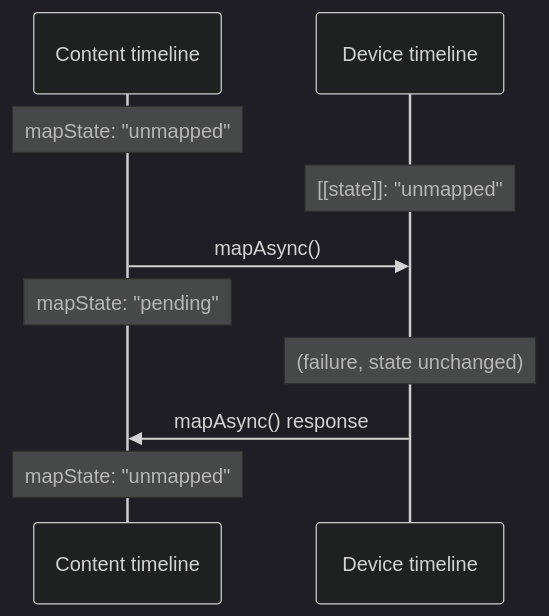
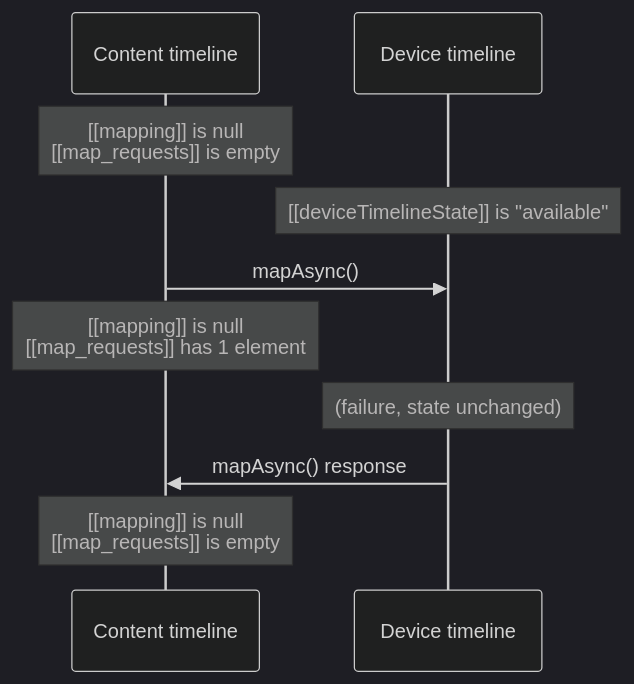
Before and after one commit to gpuweb/gpuweb: the diagram in spec/diagrams/buffer-map-failure.mmd, drawn with Mermaid (dark theme). The commit also changed 4 other files, not shown here.

```diff
--- a/spec/diagrams/buffer-map-failure.mmd
+++ b/spec/diagrams/buffer-map-failure.mmd
@@ -1,8 +1,8 @@
 sequenceDiagram
-    Note over Content timeline: mapState: "unmapped"
-    Note over Device timeline: [[state]]: "unmapped"
+    Note over Content timeline: [[mapping]] is null<br>[[map_requests]] is empty
+    Note over Device timeline: [[deviceTimelineState]] is "available"
     Content timeline ->> Device timeline: mapAsync()
-    Note over Content timeline: mapState: "pending"
+    Note over Content timeline: [[mapping]] is null<br>[[map_requests]] has 1 element
     Note over Device timeline: (failure, state unchanged)
     Device timeline ->> Content timeline: mapAsync() response
-    Note over Content timeline: mapState: "unmapped"
+    Note over Content timeline: [[mapping]] is null<br>[[map_requests]] is empty
```
